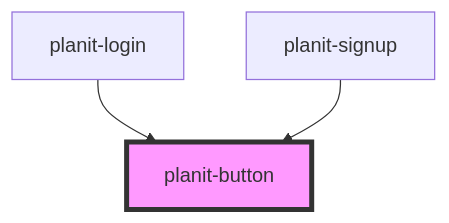
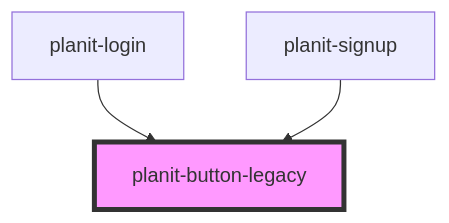
The diagram in libs/planit/src/components/planit-button-legacy/readme.md (planavsky82/planavsky-com-nx), drawn with Mermaid before and after one commit. The commit also changed 13 other files, not shown here.

````diff
--- a/libs/planit/src/components/planit-button-legacy/readme.md
+++ b/libs/planit/src/components/planit-button-legacy/readme.md
@@ -23,6 +23,6 @@
 ```mermaid
 graph TD;
-  planit-login --> planit-button
-  planit-signup --> planit-button
-  style planit-button fill:#f9f,stroke:#333,stroke-width:4px
+  planit-login --> planit-button-legacy
+  planit-signup --> planit-button-legacy
+  style planit-button-legacy fill:#f9f,stroke:#333,stroke-width:4px
 ```
````
